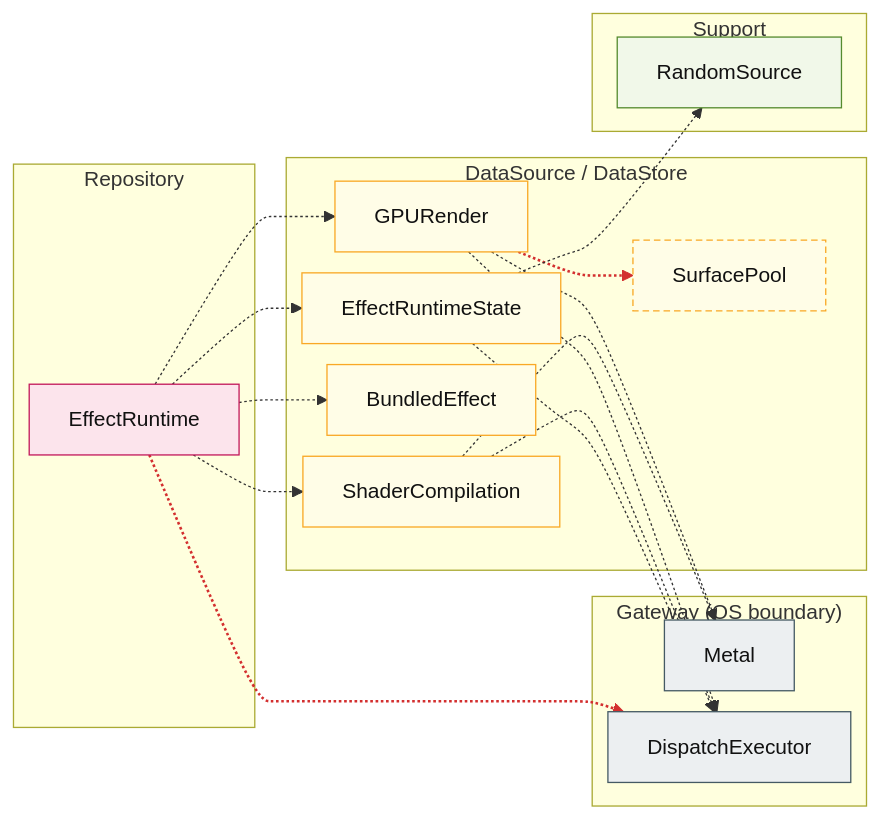
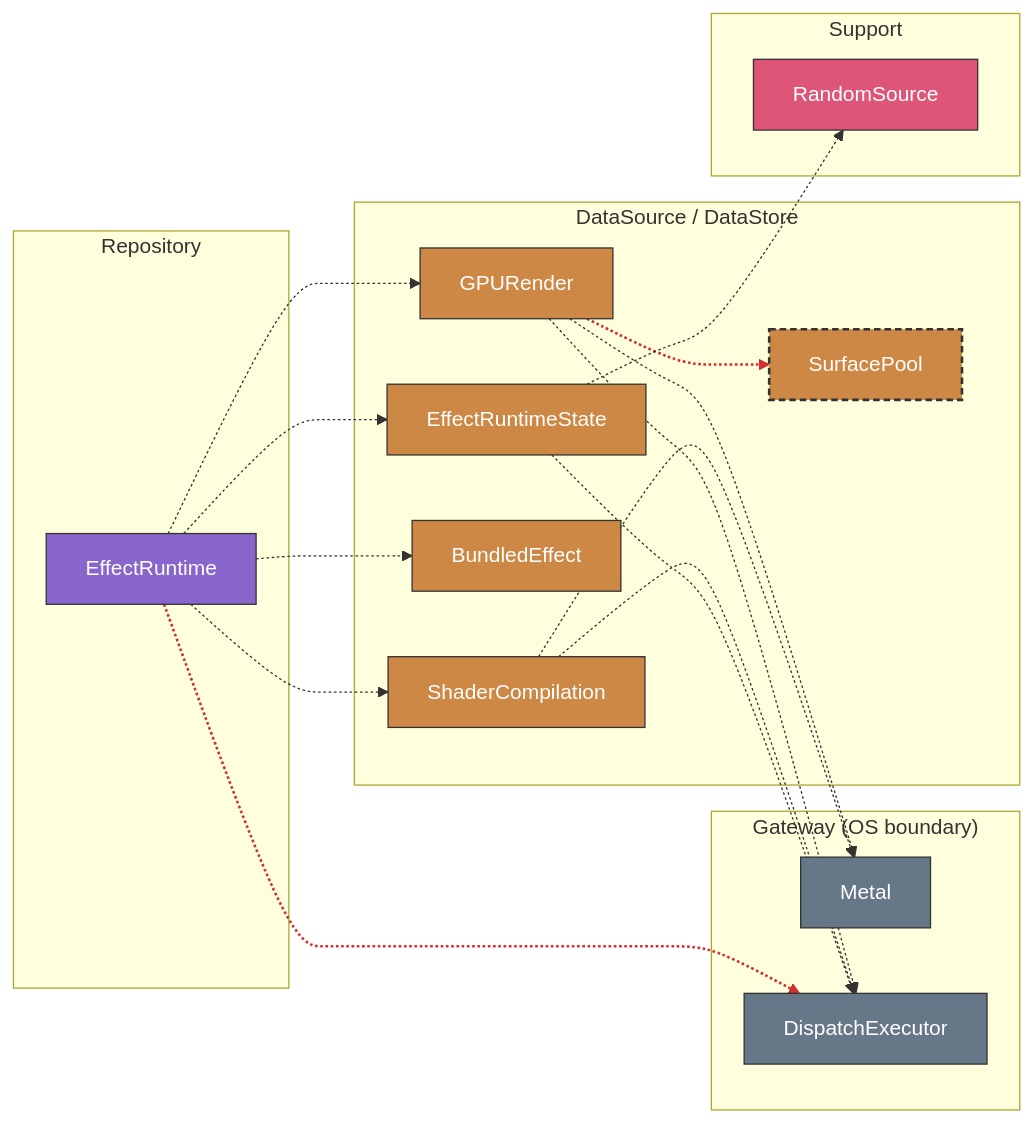
The fifth of 8 diagrams in docs/ARCHITECTURE.md (GeneralD/mirage), drawn with Mermaid before and after one commit. The commit also changed other lines of this file, not shown here.

First line of the commit message:
docs(architecture): colour the diagrams by layer as in lyra

````diff
--- a/docs/ARCHITECTURE.md
+++ b/docs/ARCHITECTURE.md
@@ -297,40 +295,39 @@
 ```mermaid
-%%{init: {"flowchart": {"rankSpacing": 24, "nodeSpacing": 16}}}%%
 graph LR
   subgraph Area1_repo["Repository"]
     EffectRuntimeRepository["EffectRuntime"]:::repo
   end
   subgraph Area1_ds["DataSource / DataStore"]
     GPURenderDataSource["GPURender"]:::ds
     ShaderCompilationDataSource["ShaderCompilation"]:::ds
     BundledEffectDataSource["BundledEffect"]:::ds
     EffectRuntimeStateDataSource["EffectRuntimeState"]:::ds
     SurfacePoolDataSource["SurfacePool"]:::dsx
   end
   subgraph Area1_gw["Gateway (OS boundary)"]
     MetalGateway["Metal"]:::gw
     DispatchExecutorGateway["DispatchExecutor"]:::gw
   end
   subgraph Area1_sup["Support"]
     RandomSource:::sup
   end
   EffectRuntimeRepository -.-> BundledEffectDataSource
   EffectRuntimeRepository -.-> DispatchExecutorGateway
   EffectRuntimeRepository -.-> EffectRuntimeStateDataSource
   EffectRuntimeRepository -.-> GPURenderDataSource
   EffectRuntimeRepository -.-> ShaderCompilationDataSource
   GPURenderDataSource -.-> DispatchExecutorGateway
   GPURenderDataSource -.-> MetalGateway
   GPURenderDataSource -.-> SurfacePoolDataSource
   ShaderCompilationDataSource -.-> DispatchExecutorGateway
   ShaderCompilationDataSource -.-> MetalGateway
   EffectRuntimeStateDataSource -.-> DispatchExecutorGateway
   EffectRuntimeStateDataSource -.-> RandomSource
-  classDef ds fill:#fffde7,stroke:#f9a825,color:#111
-  classDef dsx fill:#fffde7,stroke:#f9a825,color:#111,stroke-dasharray:5 3
-  classDef gw fill:#eceff1,stroke:#455a64,color:#111
-  classDef repo fill:#fce4ec,stroke:#c2185b,color:#111
-  classDef sup fill:#f1f8e9,stroke:#558b2f,color:#111
+  classDef ds fill:#c84,stroke:#333,color:#fff
+  classDef dsx fill:#c84,stroke:#333,stroke-width:2px,stroke-dasharray:5 3,color:#fff
+  classDef gw fill:#678,stroke:#333,color:#fff
+  classDef repo fill:#86c,stroke:#333,color:#fff
+  classDef sup fill:#d57,stroke:#333,color:#fff
   linkStyle 1 stroke:#d32f2f,stroke-width:2px
   linkStyle 7 stroke:#d32f2f,stroke-width:2px
 ```
````
